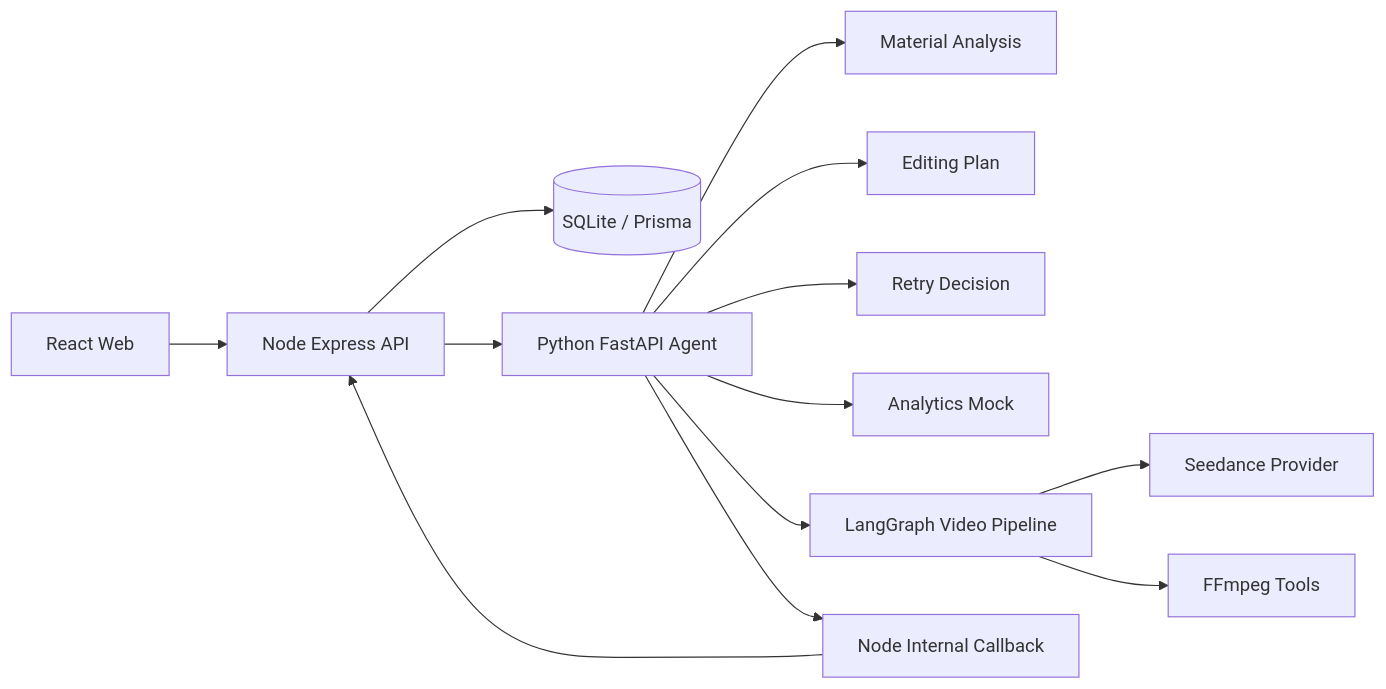
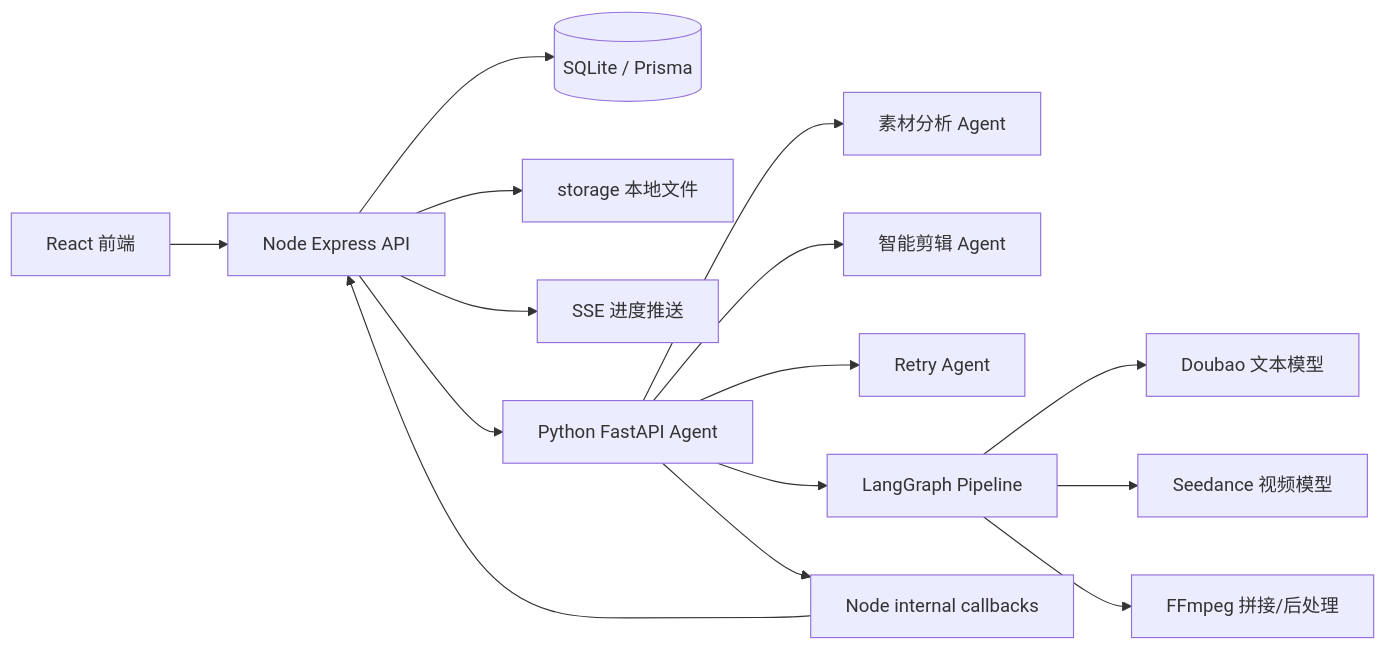
Before and after one commit to xiaoyugangg/tiktok_shop: the diagram in docs/项目讲解.md, drawn with Mermaid. The commit also changed other lines of this file and 1 other file, not shown here.

````diff
--- a/docs/项目讲解.md
+++ b/docs/项目讲解.md
@@ -690,15 +92,17 @@
 ```mermaid
 flowchart LR
-  Web[React Web] --> API[Node Express API]
-  API --> DB[(SQLite / Prisma)]
-  API --> Agent[Python FastAPI Agent]
-  Agent --> Material[Material Analysis]
-  Agent --> Editing[Editing Plan]
-  Agent --> Retry[Retry Decision]
-  Agent --> Analytics[Analytics Mock]
-  Agent --> Pipeline[LangGraph Video Pipeline]
-  Pipeline --> Seedance[Seedance Provider]
-  Pipeline --> FFmpeg[FFmpeg Tools]
-  Agent --> Callback[Node Internal Callback]
-  Callback --> API
+    Web[React 前端] --> API[Node Express API]
+    API --> DB[(SQLite / Prisma)]
+    API --> Storage[storage 本地文件]
+    API --> SSE[SSE 进度推送]
+    API --> Agent[Python FastAPI Agent]
+    Agent --> Material[素材分析 Agent]
+    Agent --> Editing[智能剪辑 Agent]
+    Agent --> Retry[Retry Agent]
+    Agent --> Graph[LangGraph Pipeline]
+    Graph --> Text[Doubao 文本模型]
+    Graph --> Video[Seedance 视频模型]
+    Graph --> FFmpeg[FFmpeg 拼接/后处理]
+    Agent --> Callback[Node internal callbacks]
+    Callback --> API
 ```
````
